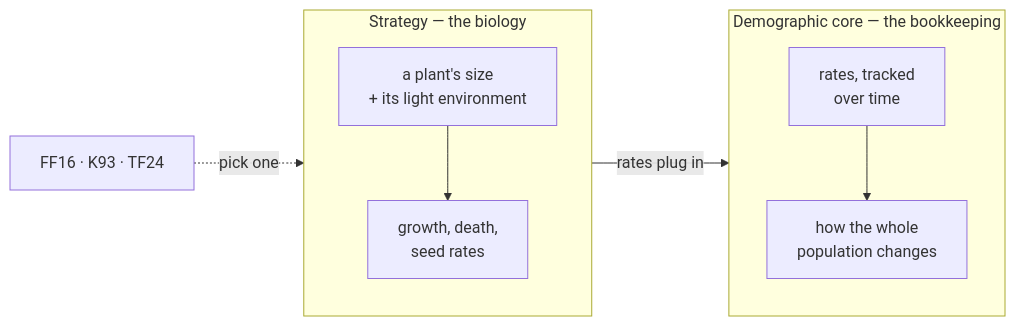
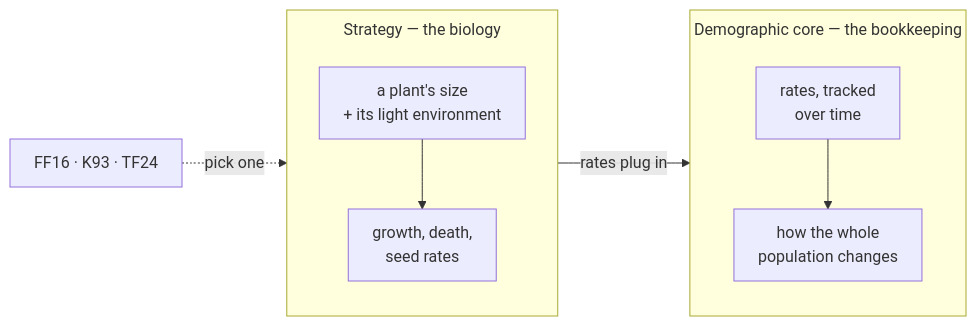
Before and after one commit to traitecoevo/overstorey: the second of 7 diagrams in theory/overview.qmd, drawn with Mermaid. The commit also changed other lines of this file and 2 other files, not shown here.

First line of the commit message:
docs: expand beginner theory pages and fix Mermaid rendering

````diff
--- a/theory/overview.qmd
+++ b/theory/overview.qmd
@@ -61,13 +96,14 @@
 ```{mermaid}
+%%{init: {"flowchart": {"subGraphTitleMargin": {"top": 8, "bottom": 14}, "padding": 12, "nodeSpacing": 45, "rankSpacing": 45}}}%%
 flowchart LR
   subgraph S["Strategy — the biology"]
     direction TB
     s1["a plant's size<br/>+ its light environment"] --> s2["growth, death,<br/>seed rates"]
   end
   subgraph D["Demographic core — the bookkeeping"]
     direction TB
     d1["rates, tracked<br/>over time"] --> d2["how the whole<br/>population changes"]
   end
   S -->|"rates plug in"| D
   models["FF16 · K93 · TF24"] -.->|"pick one"| S
 ```
````
